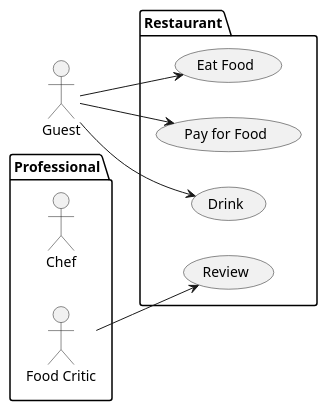
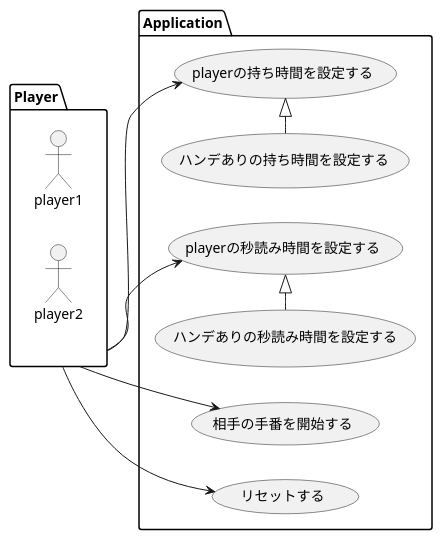
Before and after one commit to hiratashinnya/ChessClock: the diagram in docs/02_Usecase.md, drawn with PlantUML. The commit also changed other lines of this file, not shown here.

Commit message:
ユースケース図を作成

````diff
--- a/docs/02_Usecase.md
+++ b/docs/02_Usecase.md
@@ -9,20 +10,30 @@
 ```plantuml
 @startuml
 left to right direction
-actor Guest as g
-package Professional {
-  actor Chef as c
-  actor "Food Critic" as fc
+
+package Player {
+ actor player1 as p1
+ actor player2 as p2
 }
-package Restaurant {
-  usecase "Eat Food" as UC1
-  usecase "Pay for Food" as UC2
-  usecase "Drink" as UC3
-  usecase "Review" as UC4
+package Application {
+  usecase "playerの持ち時間を設定する" as UC1
+  usecase "playerの秒読み時間を設定する" as UC2
+
+  usecase "ハンデありの持ち時間を設定する" as UC1_1
+  usecase "ハンデありの秒読み時間を設定する" as UC2_1
+
+  usecase "相手の手番を開始する" as UC3
+  usecase "リセットする" as UC4
+  
 }
-fc --> UC4
-g --> UC1
-g --> UC2
-g --> UC3
+
+Player --> UC1
+Player --> UC2
+Player --> UC3
+Player --> UC4
+
+UC1_1 -|> UC1
+UC2_1 -|> UC2
+
 @enduml
 ```
````
